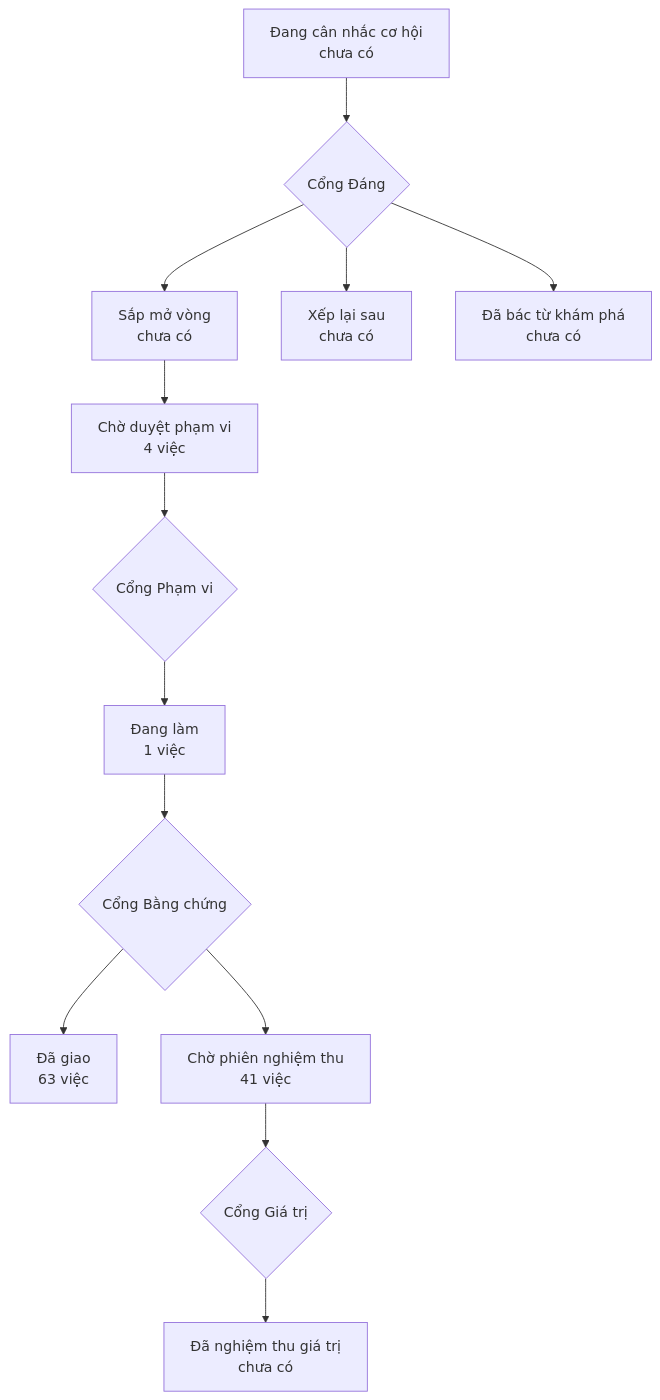
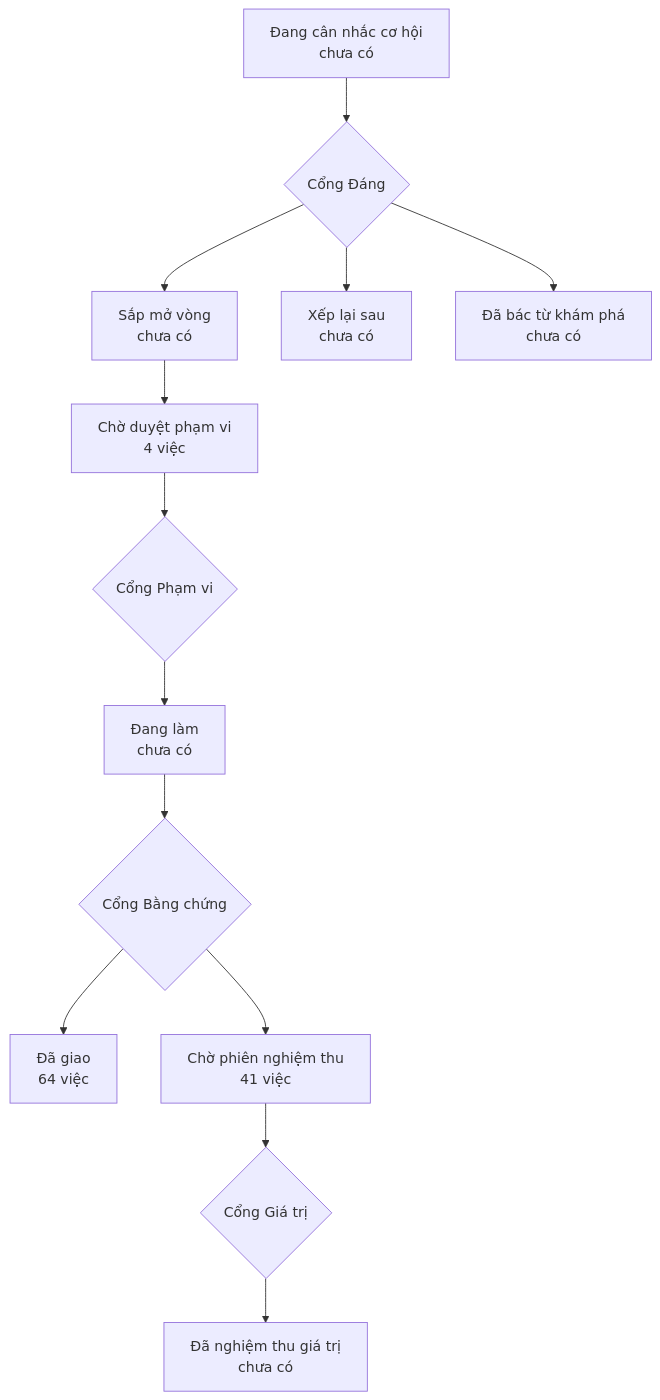
The diagram in PRODUCT-MAP.md (phanlemanh/onehub-invest), drawn with Mermaid before and after one commit. The commit also changed other lines of this file and 4 other files, not shown here.

````diff
--- a/PRODUCT-MAP.md
+++ b/PRODUCT-MAP.md
@@ -7,12 +7,12 @@
 ```mermaid
 flowchart TD
   A["Đang cân nhắc cơ hội<br/>chưa có"] --> GD{"Cổng Đáng"}
   GD --> B["Sắp mở vòng<br/>chưa có"]
   GD --> XL["Xếp lại sau<br/>chưa có"]
   GD --> DB["Đã bác từ khám phá<br/>chưa có"]
   B --> CD["Chờ duyệt phạm vi<br/>4 việc"] --> GP{"Cổng Phạm vi"}
-  GP --> DL["Đang làm<br/>1 việc"] --> GB{"Cổng Bằng chứng"}
-  GB --> DG["Đã giao<br/>63 việc"]
+  GP --> DL["Đang làm<br/>chưa có"] --> GB{"Cổng Bằng chứng"}
+  GB --> DG["Đã giao<br/>64 việc"]
   GB --> CN["Chờ phiên nghiệm thu<br/>41 việc"] --> GG{"Cổng Giá trị"}
   GG --> NT["Đã nghiệm thu giá trị<br/>chưa có"]
 ```
````
